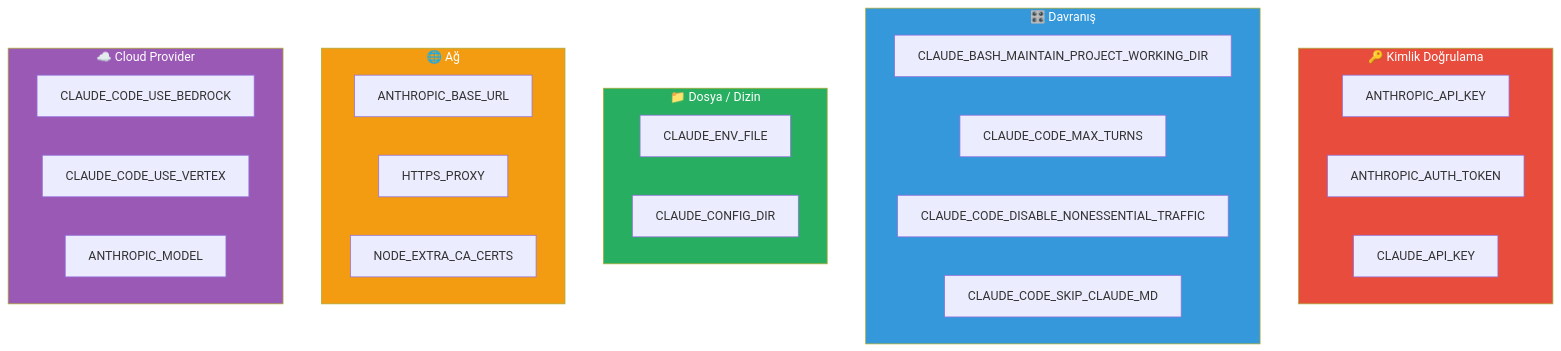
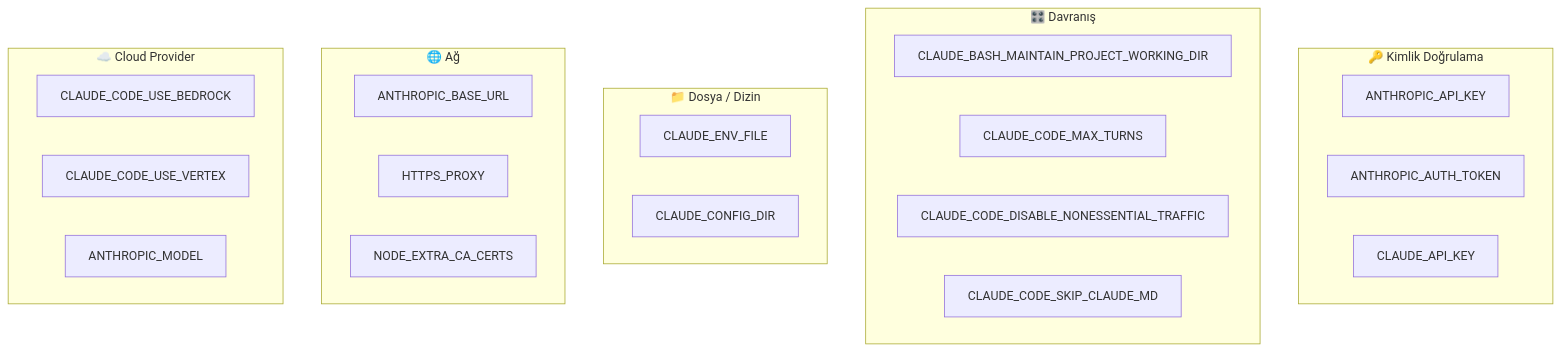
Before and after one commit to IzzetYasinAtes/ClaudeCodeHandbook: the third of 3 diagrams in 17-konfigurasyon/03-ortam-degiskenleri.md, drawn with Mermaid. The commit also changed other lines of this file and 97 other files, not shown here.

Commit message:
Remove all custom Mermaid style/fill colors from 98 markdown files for consistent dark theme rendering

````diff
--- a/17-konfigurasyon/03-ortam-degiskenleri.md
+++ b/17-konfigurasyon/03-ortam-degiskenleri.md
@@ -197,38 +191,33 @@
 ```mermaid
 flowchart TD
     subgraph auth ["🔑 Kimlik Doğrulama"]
         A1["ANTHROPIC_API_KEY"]
         A2["ANTHROPIC_AUTH_TOKEN"]
         A3["CLAUDE_API_KEY"]
     end
 
     subgraph behavior ["🎛️ Davranış"]
         B1["CLAUDE_BASH_MAINTAIN_PROJECT_WORKING_DIR"]
         B2["CLAUDE_CODE_MAX_TURNS"]
         B3["CLAUDE_CODE_DISABLE_NONESSENTIAL_TRAFFIC"]
         B4["CLAUDE_CODE_SKIP_CLAUDE_MD"]
     end
 
     subgraph files ["📁 Dosya / Dizin"]
         F1["CLAUDE_ENV_FILE"]
         F2["CLAUDE_CONFIG_DIR"]
     end
 
     subgraph network ["🌐 Ağ"]
         N1["ANTHROPIC_BASE_URL"]
         N2["HTTPS_PROXY"]
         N3["NODE_EXTRA_CA_CERTS"]
     end
 
     subgraph cloud ["☁️ Cloud Provider"]
         C1["CLAUDE_CODE_USE_BEDROCK"]
         C2["CLAUDE_CODE_USE_VERTEX"]
         C3["ANTHROPIC_MODEL"]
     end
 
-    style auth fill:#E74C3C,color:#fff
-    style behavior fill:#3498DB,color:#fff
-    style files fill:#27AE60,color:#fff
-    style network fill:#F39C12,color:#fff
-    style cloud fill:#9B59B6,color:#fff
 ```
````
